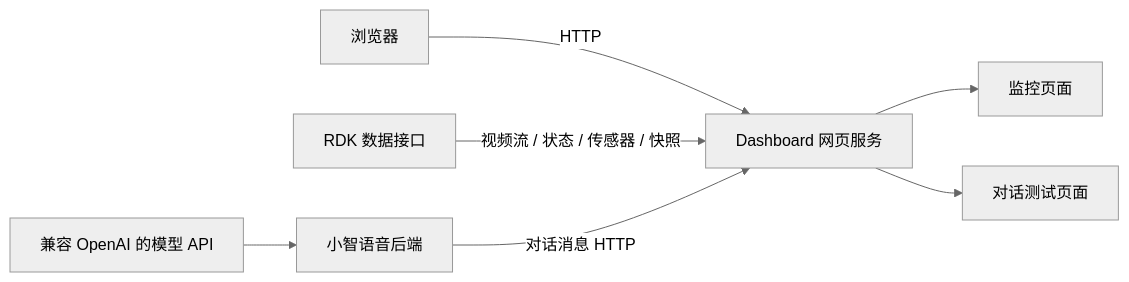
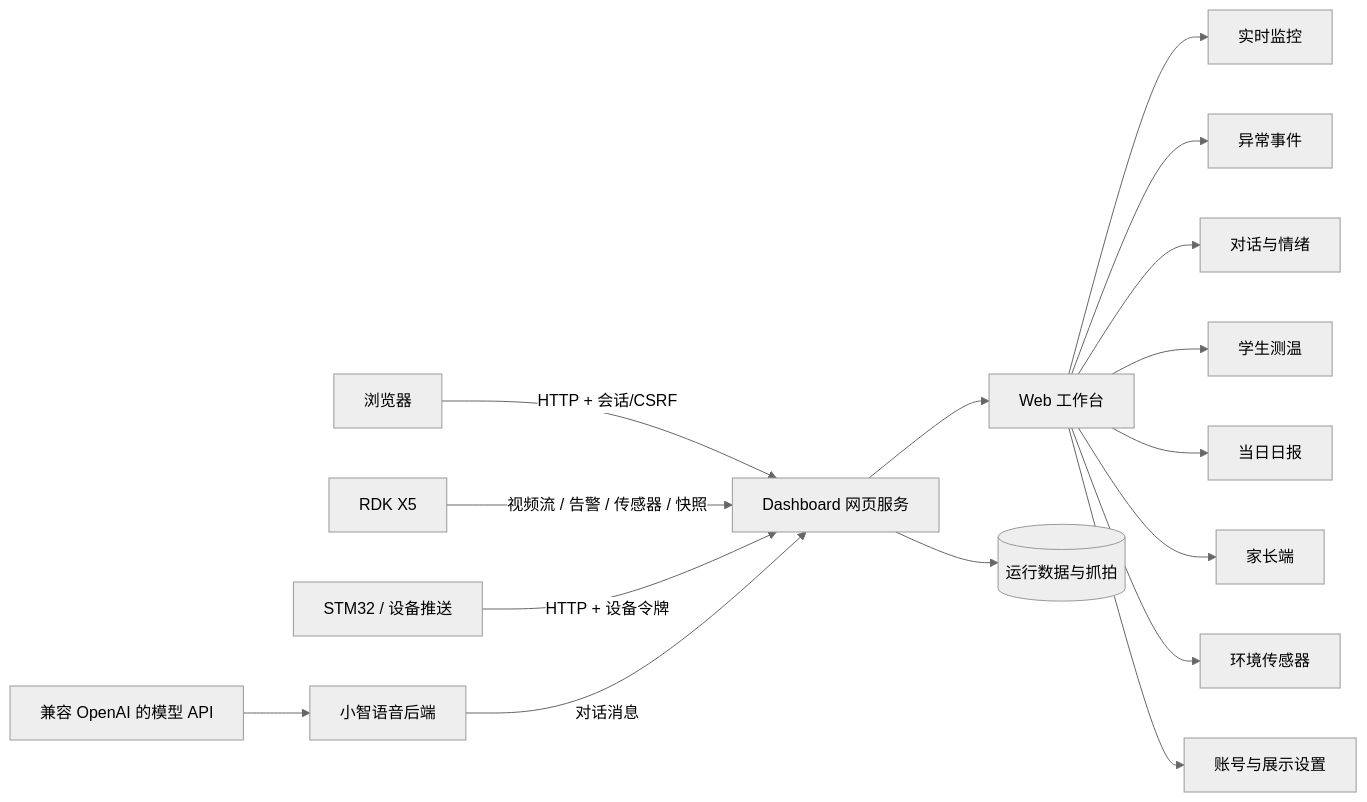
Before and after one commit to 2796923149akeman-jpg/tongyu-zhishu: the diagram in README.md, drawn with Mermaid (neutral theme). The commit also changed other lines of this file, not shown here.

First line of the commit message:
docs: refresh README architecture, API table and test scope

````diff
--- a/README.md
+++ b/README.md
@@ -40,9 +40,18 @@
 ```mermaid
 flowchart LR
-    Browser[浏览器] -->|HTTP| Dashboard[Dashboard 网页服务]
-    RDK[RDK 数据接口] -->|视频流 / 状态 / 传感器 / 快照| Dashboard
-    Xiaozhi[小智语音后端] -->|对话消息 HTTP| Dashboard
-    Dashboard --> Monitor[监控页面]
-    Dashboard --> Chat[对话测试页面]
+    Browser[浏览器] -->|HTTP + 会话/CSRF| Dashboard[Dashboard 网页服务]
+    RDK[RDK X5] -->|视频流 / 告警 / 传感器 / 快照| Dashboard
+    Sensors[STM32 / 设备推送] -->|HTTP + 设备令牌| Dashboard
+    Xiaozhi[小智语音后端] -->|对话消息| Dashboard
     Model[兼容 OpenAI 的模型 API] --> Xiaozhi
+    Dashboard --> Workbench[Web 工作台]
+    Workbench --> Monitor[实时监控]
+    Workbench --> Events[异常事件]
+    Workbench --> Chat[对话与情绪]
+    Workbench --> Health[学生测温]
+    Workbench --> Reports[当日日报]
+    Workbench --> Family[家长端]
+    Workbench --> Merchant[环境传感器]
+    Workbench --> Admin[账号与展示设置]
+    Dashboard --> Store[(运行数据与抓拍)]
 ```
````
